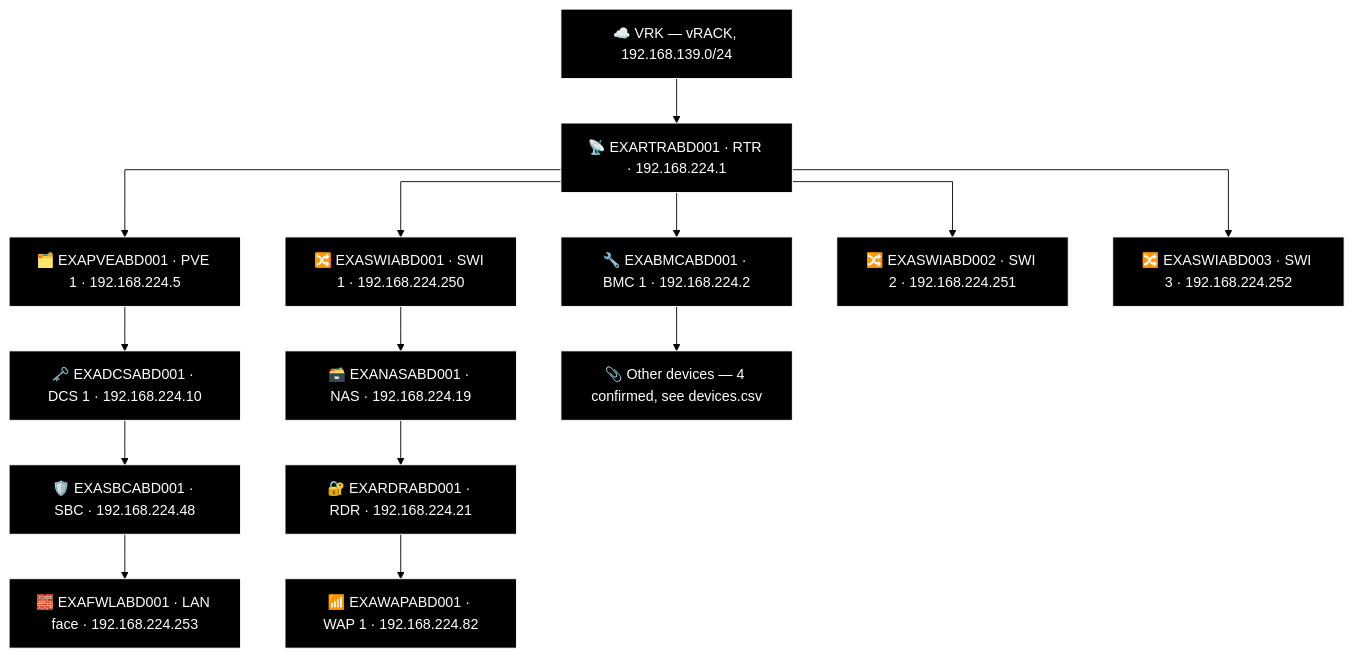
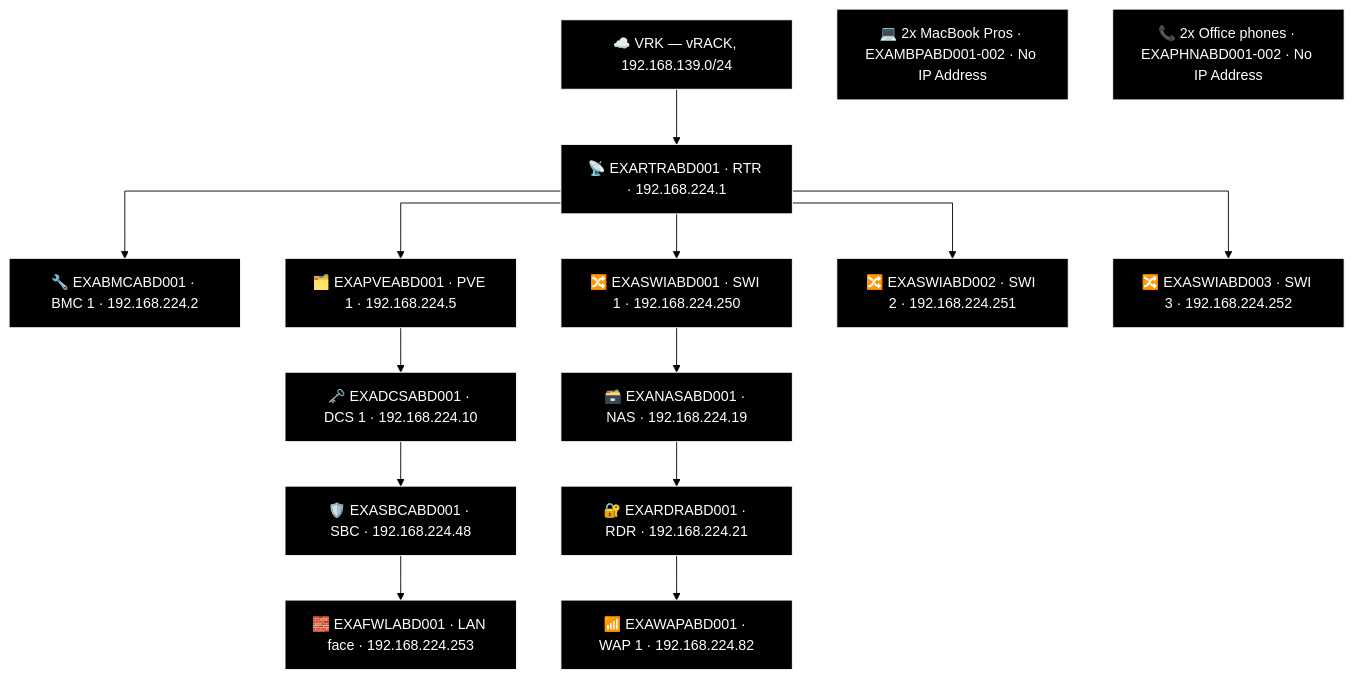
Before and after one commit to knightmare2600/example_music_infra: diagram 14 of 14 in docs/network-diagram/scotland.md, drawn with Mermaid (forest theme). The commit also changed other lines of this file and 8 other files, not shown here.

First line of the commit message:
generate_network_diagrams.py: port FAL's two-column "Other" bucket into the generator

````diff
--- a/docs/network-diagram/scotland.md
+++ b/docs/network-diagram/scotland.md
@@ -660,43 +692,44 @@
 ```mermaid
 %% GENERATED:TOPOLOGY:ABD:START
 %%{init: {'flowchart': {'curve': 'stepAfter'}}}%%
 graph TD
     T_VRK["☁️ VRK — vRACK, 192.168.139.0/24"]
     T_RTR["📡 EXARTRABD001 · RTR · 192.168.224.1"]
     T_VRK --> T_RTR
     T_BMC["🔧 EXABMCABD001 · BMC 1 · 192.168.224.2"]
     T_RTR --> T_BMC
     T_PVE["🗂️ EXAPVEABD001 · PVE 1 · 192.168.224.5"]
     T_RTR --> T_PVE
     T_SWI["🔀 EXASWIABD001 · SWI 1 · 192.168.224.250"]
     T_RTR --> T_SWI
     T_SWI2["🔀 EXASWIABD002 · SWI 2 · 192.168.224.251"]
     T_RTR --> T_SWI2
     T_SWI3["🔀 EXASWIABD003 · SWI 3 · 192.168.224.252"]
     T_RTR --> T_SWI3
     T_NAS["🗃️ EXANASABD001 · NAS · 192.168.224.19"]
     T_RDR["🔐 EXARDRABD001 · RDR · 192.168.224.21"]
     T_WAP["📶 EXAWAPABD001 · WAP 1 · 192.168.224.82"]
     T_SWI --> T_NAS --> T_RDR --> T_WAP
     T_DCS["🗝️ EXADCSABD001 · DCS 1 · 192.168.224.10"]
     T_SBC["🛡️ EXASBCABD001 · SBC · 192.168.224.48"]
     T_FWL["🧱 EXAFWLABD001 · LAN face · 192.168.224.253"]
     T_PVE --> T_DCS --> T_SBC --> T_FWL
-    T_OTHER["📎 Other devices — 4 confirmed, see devices.csv"]
-    T_BMC --> T_OTHER
+    T_OTH_MBP["💻 2x MacBook Pros · EXAMBPABD001-002 · No IP Address"]
+    T_OTH_PHN["📞 2x Office phones · EXAPHNABD001-002 · No IP Address"]
     style T_VRK fill:#000000,stroke:#FFFFFF,color:#FFFFFF
     style T_RTR fill:#000000,stroke:#FFFFFF,color:#FFFFFF
     style T_BMC fill:#000000,stroke:#FFFFFF,color:#FFFFFF
     style T_PVE fill:#000000,stroke:#FFFFFF,color:#FFFFFF
     style T_SWI fill:#000000,stroke:#FFFFFF,color:#FFFFFF
     style T_SWI2 fill:#000000,stroke:#FFFFFF,color:#FFFFFF
     style T_SWI3 fill:#000000,stroke:#FFFFFF,color:#FFFFFF
     style T_NAS fill:#000000,stroke:#FFFFFF,color:#FFFFFF
     style T_RDR fill:#000000,stroke:#FFFFFF,color:#FFFFFF
     style T_WAP fill:#000000,stroke:#FFFFFF,color:#FFFFFF
     style T_DCS fill:#000000,stroke:#FFFFFF,color:#FFFFFF
     style T_SBC fill:#000000,stroke:#FFFFFF,color:#FFFFFF
     style T_FWL fill:#000000,stroke:#FFFFFF,color:#FFFFFF
-    style T_OTHER fill:#000000,stroke:#FFFFFF,color:#FFFFFF
+    style T_OTH_MBP fill:#000000,stroke:#FFFFFF,color:#FFFFFF
+    style T_OTH_PHN fill:#000000,stroke:#FFFFFF,color:#FFFFFF
 %% GENERATED:TOPOLOGY:ABD:END
 ```
````
